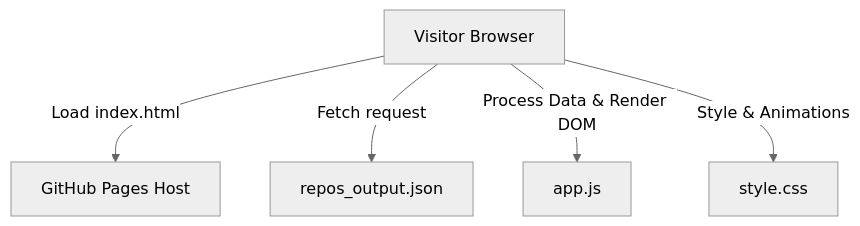
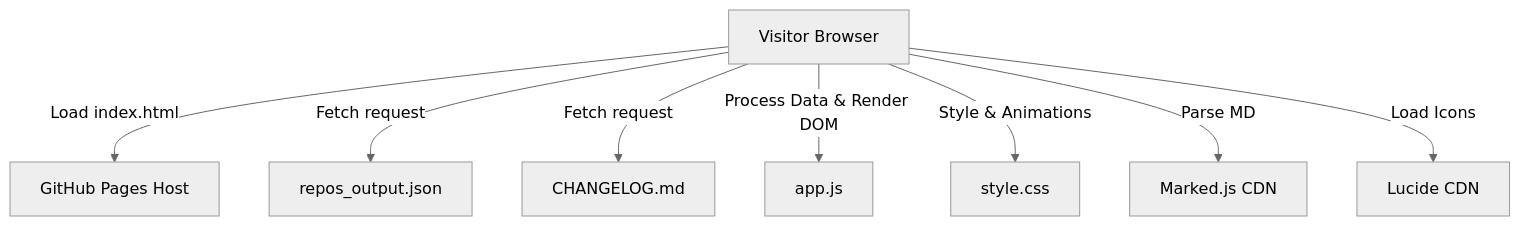
Before and after one commit to AkashPriyadarshii/My-Starred-Repos: the diagram in dashboard/BIBLE.md, drawn with Mermaid (neutral theme). The commit also changed other lines of this file, not shown here.

````diff
--- a/dashboard/BIBLE.md
+++ b/dashboard/BIBLE.md
@@ -36,7 +39,10 @@
 ```mermaid
 graph TD
     A[Visitor Browser] -->|Load index.html| B[GitHub Pages Host]
     A -->|Fetch request| C[repos_output.json]
+    A -->|Fetch request| F[CHANGELOG.md]
     A -->|Process Data & Render DOM| D[app.js]
     A -->|Style & Animations| E[style.css]
+    A -->|Parse MD| G[Marked.js CDN]
+    A -->|Load Icons| H[Lucide CDN]
 ```
````
